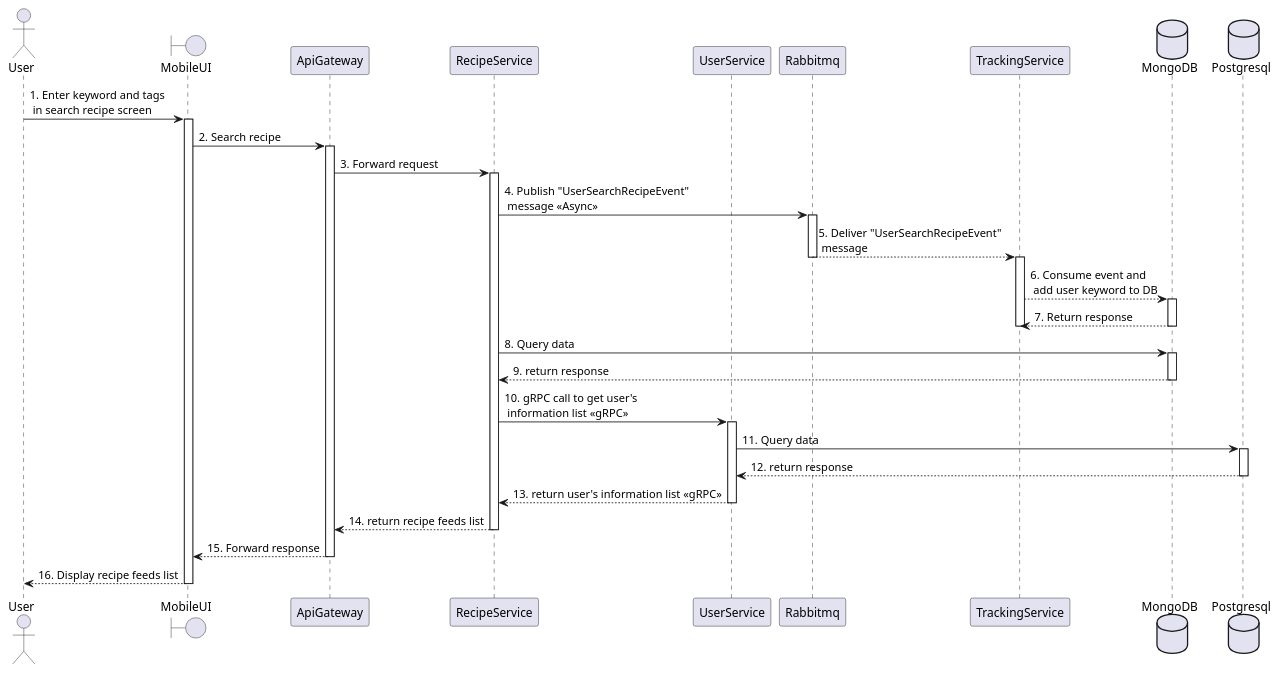
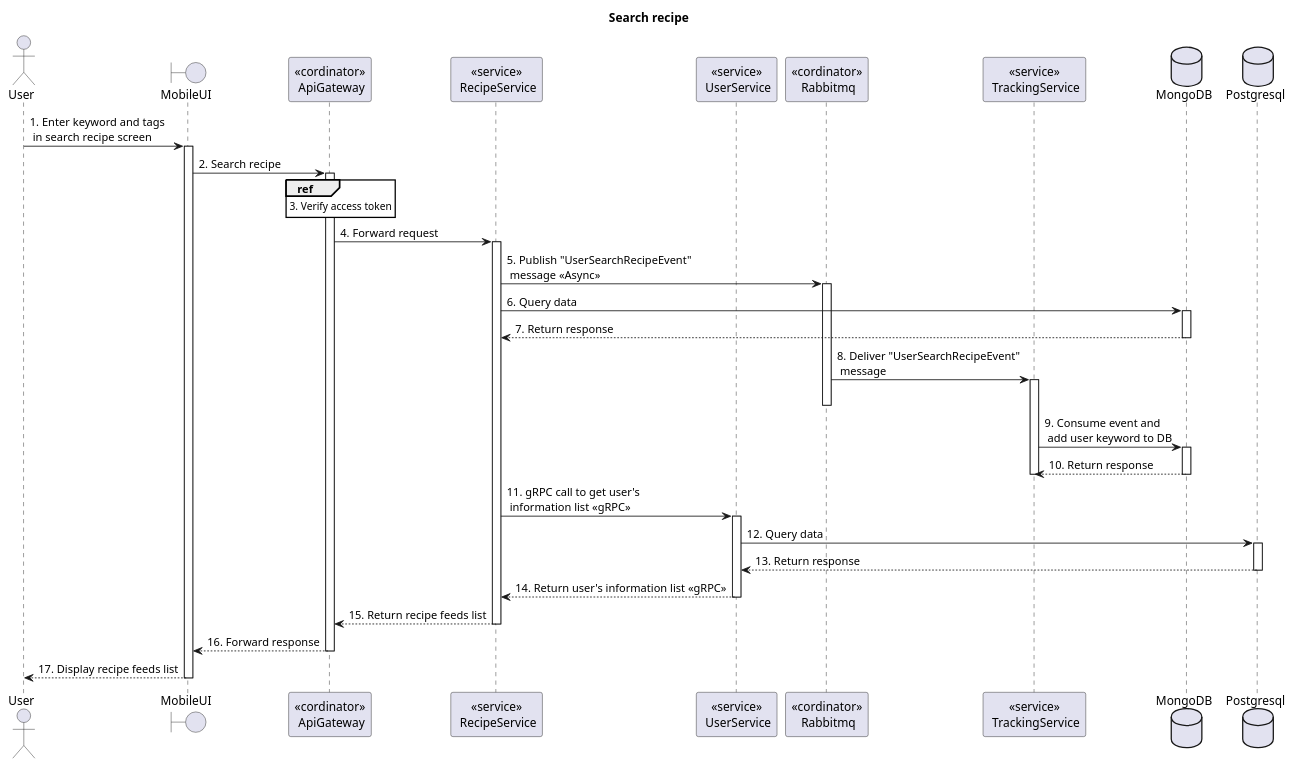
One commit to Carl-Johnsons/tastopia changed the diagram in doc/SDS/Recipe/Search recipe/Sequence.plantuml. Above: the diagram before and after it, drawn with PlantUML. The commit also changed 10 other files, not shown here.

Commit message:
doc: update recipe sequences, add user, tracking sequences

```diff
--- a/doc/SDS/Recipe/Search recipe/Sequence.plantuml
+++ b/doc/SDS/Recipe/Search recipe/Sequence.plantuml
@@ -1,54 +1,49 @@
 @startuml SearchRecipe
+title "Search recipe"
+<style>
+  sequenceDiagram {
+    reference {
+      BackGroundColor white
+    }
+}
+</style>
+
 actor User
 boundary MobileUI
-participant ApiGateway
-participant RecipeService
-participant UserService
-participant Rabbitmq
-participant TrackingService
+participant "<<cordinator>>\n ApiGateway" as ApiGateway
+participant "<<service>>\n RecipeService" as RecipeService
+participant "<<service>>\n UserService" as UserService
+participant "<<cordinator>>\n Rabbitmq" as Rabbitmq
+participant "<<service>>\n TrackingService" as TrackingService
 database MongoDB
 database Postgresql
 
+User -> MobileUI++: 1. Enter keyword and tags \n in search recipe screen
 
-User -> MobileUI: 1. Enter keyword and tags \n in search recipe screen
-activate MobileUI
+MobileUI -> ApiGateway++: 2. Search recipe
 
-MobileUI -> ApiGateway: 2. Search recipe
-activate ApiGateway
+ref over ApiGateway: 3. Verify access token
 
-ApiGateway -> RecipeService: 3. Forward request
-activate RecipeService
+ApiGateway -> RecipeService++: 4. Forward request
 
-RecipeService -> Rabbitmq: 4. Publish "UserSearchRecipeEvent" \n message <<Async>>
-activate Rabbitmq
-Rabbitmq --> TrackingService: 5. Deliver "UserSearchRecipeEvent"\n message
+RecipeService -> Rabbitmq++: 5. Publish "UserSearchRecipeEvent" \n message <<Async>>
+
+RecipeService -> MongoDB++: 6. Query data
+RecipeService <-- MongoDB--: 7. Return response
+
+Rabbitmq -> TrackingService++: 8. Deliver "UserSearchRecipeEvent"\n message
 deactivate Rabbitmq
-activate TrackingService
-TrackingService --> MongoDB: 6. Consume event and \n add user keyword to DB
-activate MongoDB
-MongoDB --> TrackingService: 7. Return response
-deactivate MongoDB
+TrackingService -> MongoDB++: 9. Consume event and \n add user keyword to DB
+TrackingService <-- MongoDB--: 10. Return response
 deactivate TrackingService
 
-RecipeService -> MongoDB: 8. Query data
-activate MongoDB
-RecipeService <-- MongoDB: 9. return response
-deactivate MongoDB
+RecipeService -> UserService++: 11. gRPC call to get user's \n information list <<gRPC>>
+UserService -> Postgresql++: 12. Query data
+UserService <-- Postgresql--: 13. Return response
+RecipeService <-- UserService--: 14. Return user's information list <<gRPC>>
 
-RecipeService -> UserService: 10. gRPC call to get user's \n information list <<gRPC>>
-activate UserService
-UserService -> Postgresql: 11. Query data
-activate Postgresql
-UserService <-- Postgresql: 12. return response
-deactivate Postgresql
-RecipeService <-- UserService: 13. return user's information list <<gRPC>>
-deactivate UserService
-
-ApiGateway <-- RecipeService: 14. return recipe feeds list
-deactivate RecipeService
-MobileUI <-- ApiGateway: 15. Forward response
-deactivate ApiGateway
-User <-- MobileUI: 16. Display recipe feeds list
-deactivate MobileUI
+ApiGateway <-- RecipeService--: 15. Return recipe feeds list
+MobileUI <-- ApiGateway--: 16. Forward response
+User <-- MobileUI--: 17. Display recipe feeds list
 
 @enduml
```
